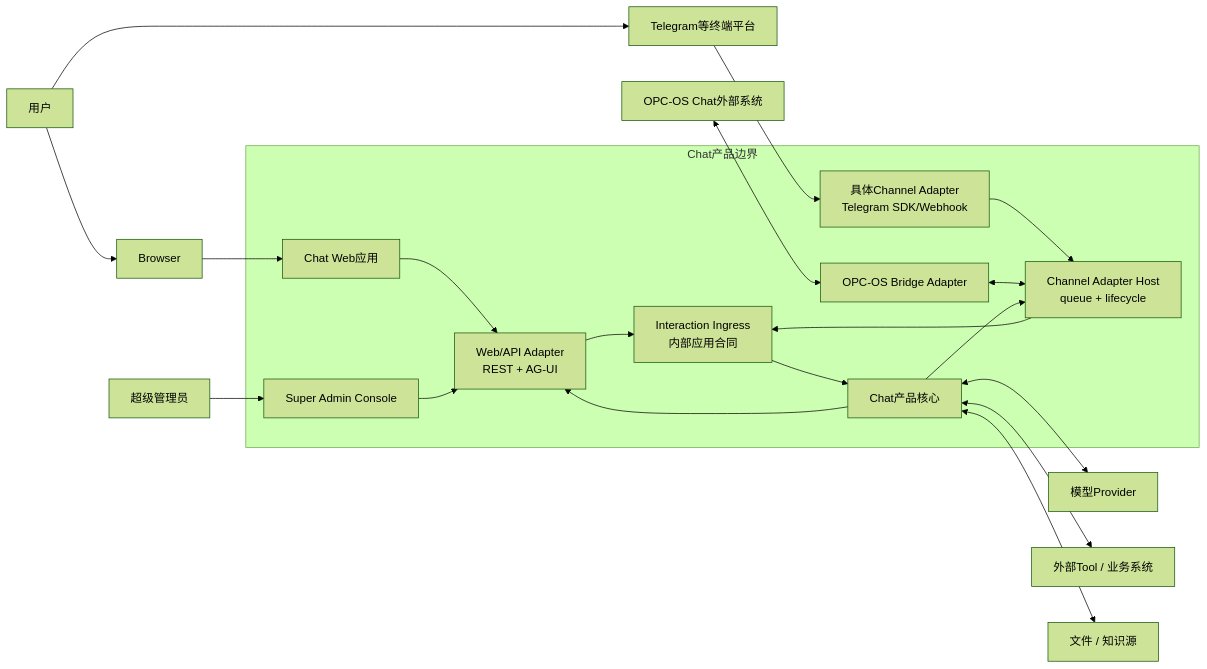
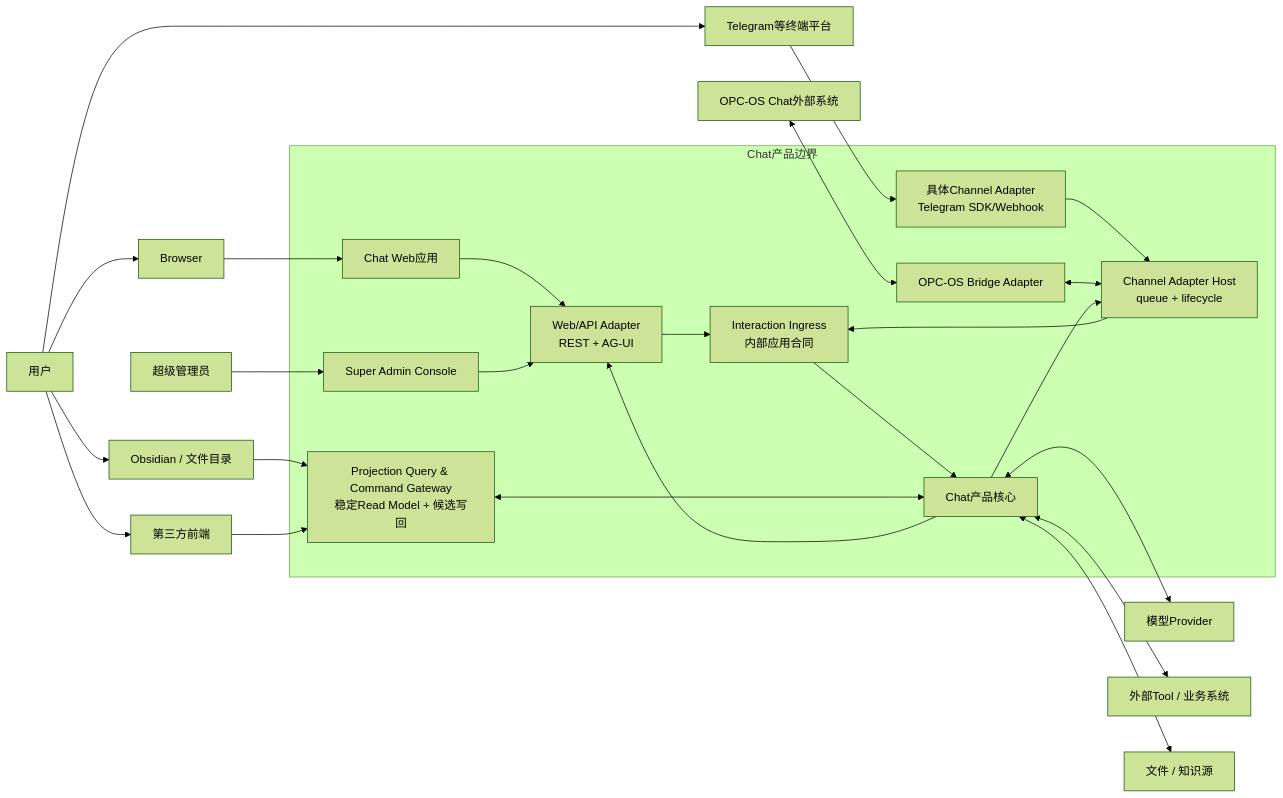
Before and after one commit to later-3/Chat: the first of 2 diagrams in docs/overall-architecture-proposal.md, drawn with Mermaid (forest theme). The commit also changed other lines of this file and 70 other files, not shown here.

````diff
--- a/docs/overall-architecture-proposal.md
+++ b/docs/overall-architecture-proposal.md
@@ -67,36 +83,42 @@
 ```mermaid
 flowchart LR
     User["用户"]
     SuperAdmin["超级管理员"]
     Browser["Browser"]
     Telegram["Telegram等终端平台"]
     OPCOS["OPC-OS Chat外部系统"]
+    Obsidian["Obsidian / 文件目录"]
+    ThirdParty["第三方前端"]
 
     subgraph Chat["Chat产品边界"]
         Web["Chat Web应用"]
         AdminConsole["Super Admin Console"]
         WebAdapter["Web/API Adapter\nREST + AG-UI"]
         TelegramAdapter["具体Channel Adapter\nTelegram SDK/Webhook"]
         OPCAdapter["OPC-OS Bridge Adapter"]
         Host["Channel Adapter Host\nqueue + lifecycle"]
         Ingress["Interaction Ingress\n内部应用合同"]
+        Projection["Projection Query & Command Gateway\n稳定Read Model + 候选写回"]
         Core["Chat产品核心"]
     end
 
     Models["模型Provider"]
     Tools["外部Tool / 业务系统"]
     Sources["文件 / 知识源"]
 
     User --> Browser --> Web --> WebAdapter
+    User --> Obsidian --> Projection
+    User --> ThirdParty --> Projection
     SuperAdmin --> AdminConsole --> WebAdapter
     User --> Telegram --> TelegramAdapter --> Host
     OPCOS <--> OPCAdapter <--> Host
     WebAdapter --> Ingress
     Host --> Ingress
     Ingress --> Core
+    Projection <--> Core
     Core --> WebAdapter
     Core --> Host
     Core <--> Models
     Core <--> Tools
     Core <--> Sources
 ```
````
